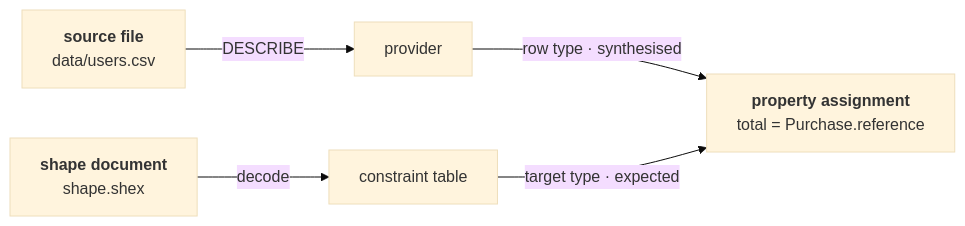
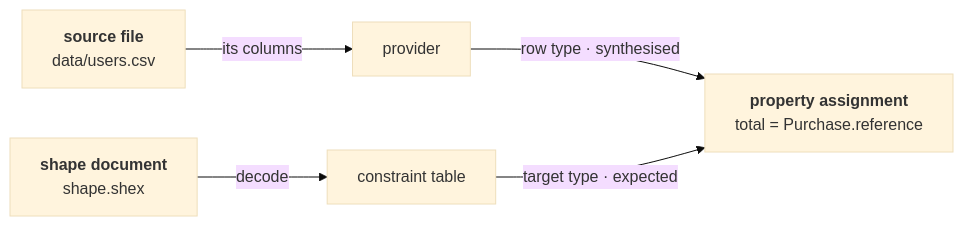
The diagram in docs/content/docs/design/types.mdx (Kanzo-Tech/fossil-lang), drawn with Mermaid (base theme) before and after one commit. The commit also changed other lines of this file and 38 other files, not shown here.

First line of the commit message:
Type a source's columns by the Arrow fields its engine answers

````diff
--- a/docs/content/docs/design/types.mdx
+++ b/docs/content/docs/design/types.mdx
@@ -19,7 +19,7 @@
 ```mermaid
 graph LR
-  S["<b>source file</b><br/>data/users.csv"] -->|DESCRIBE| P["provider"]
+  S["<b>source file</b><br/>data/users.csv"] -->|"its columns"| P["provider"]
   P -->|"row type · synthesised"| A["<b>property assignment</b><br/>total = Purchase.reference"]
   D["<b>shape document</b><br/>shape.shex"] -->|decode| C["constraint table"]
   C -->|"target type · expected"| A
 ```
````
